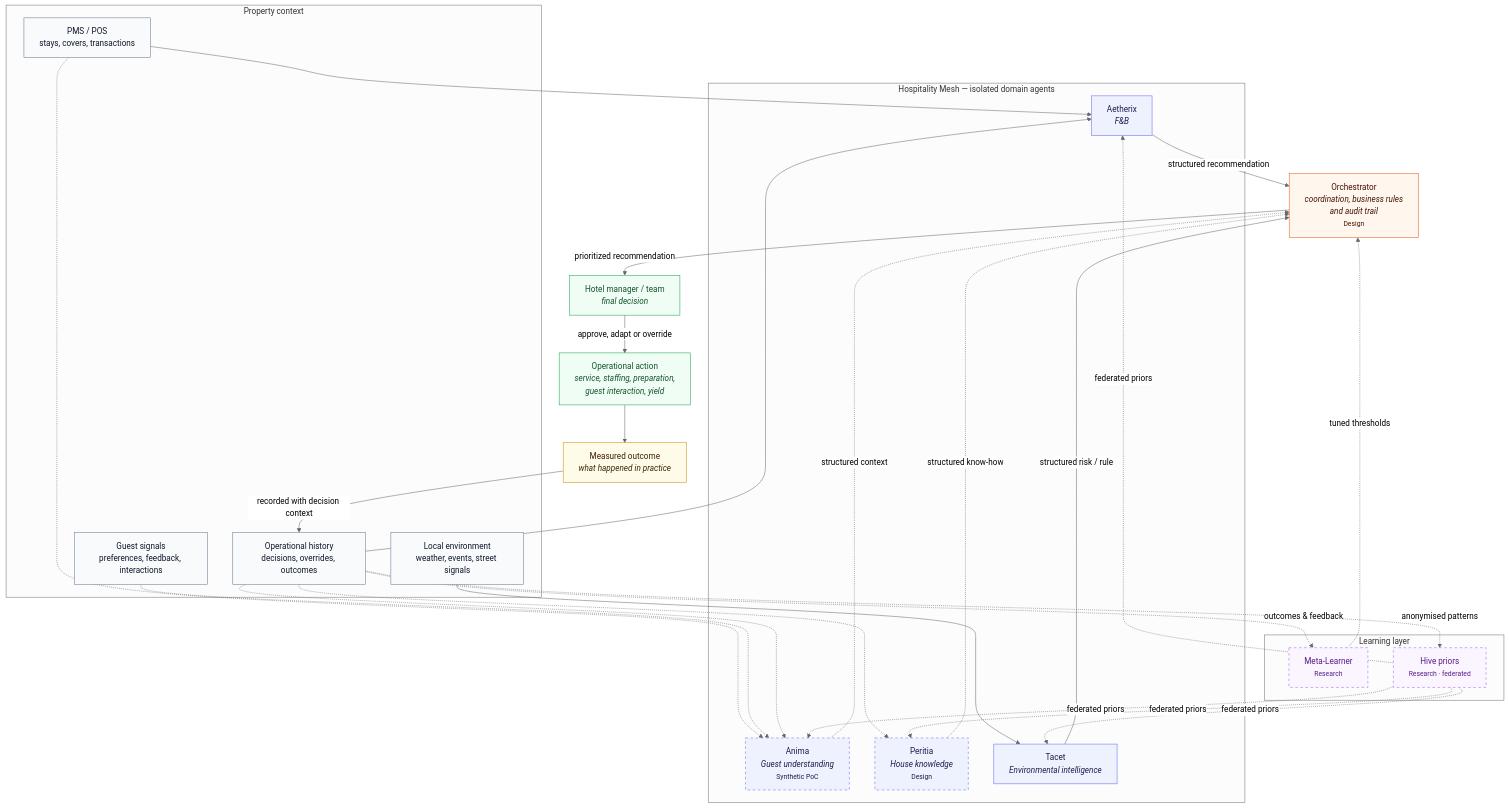
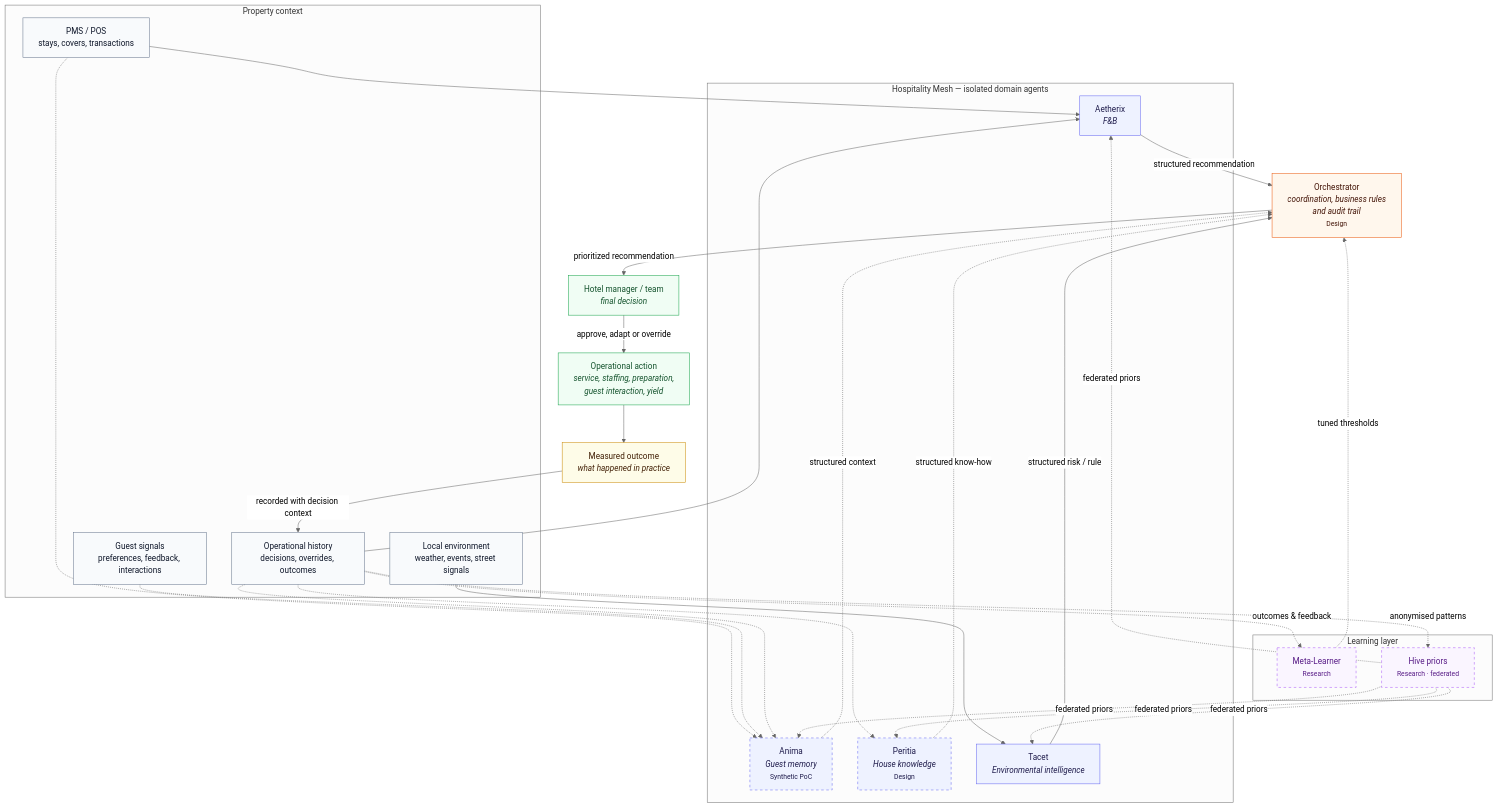
One commit to IvandeMurard/Hospitality-Multi-agent-Architecture changed the diagram in README.md. Above: the diagram before and after it, drawn with Mermaid (neutral theme). The commit also changed other lines of this file and 2 other files, not shown here.

First line of the commit message:
Align Anima on one definition: guest memory node, not a digital twin

````diff
--- a/README.md
+++ b/README.md
@@ -92,77 +92,77 @@
 ```mermaid
 flowchart TB
     %% Context sources
     subgraph CONTEXT["Property context"]
         PMS["PMS / POS<br/>stays, covers, transactions"]
         GUEST["Guest signals<br/>preferences, feedback, interactions"]
         OPS["Operational history<br/>decisions, overrides, outcomes"]
         ENV["Local environment<br/>weather, events, street signals"]
     end
 
     %% Specialized, isolated agents
     subgraph MESH["Hospitality Mesh — isolated domain agents"]
         A["Aetherix<br/><i>F&B</i>"]
-        N["Anima<br/><i>Guest understanding</i><br/><small>Synthetic PoC</small>"]
+        N["Anima<br/><i>Guest memory</i><br/><small>Synthetic PoC</small>"]
         P["Peritia<br/><i>House knowledge</i><br/><small>Design</small>"]
         T["Tacet<br/><i>Environmental intelligence</i>"]
     end
 
     %% Coordination and human decision
     O["Orchestrator<br/><i>coordination, business rules<br/>and audit trail</i><br/><small>Design</small>"]
     H["Hotel manager / team<br/><i>final decision</i>"]
     ACTION["Operational action<br/><i>service, staffing, preparation,<br/>guest interaction, yield</i>"]
     OUTCOME["Measured outcome<br/><i>what happened in practice</i>"]
 
     %% Continuous learning: prospective
     subgraph LEARNING["Learning layer"]
         ML["Meta-Learner<br/><small>Research</small>"]
         HP["Hive priors<br/><small>Research · federated</small>"]
     end
 
     %% Context to agents
     PMS --> A
     PMS -.-> N
     GUEST -.-> N
     OPS --> A
     OPS -.-> N
     OPS -.-> P
     ENV --> T
 
     %% Agent output to orchestration
     A -->|"structured recommendation"| O
     N -.->|"structured context"| O
     P -.->|"structured know-how"| O
     T -->|"structured risk / rule"| O
 
     %% Human-centred loop
     O -->|"prioritized recommendation"| H
     H -->|"approve, adapt or override"| ACTION
     ACTION --> OUTCOME
     OUTCOME -->|"recorded with decision context"| OPS
 
     %% Prospectively learned layer
     OPS -.->|"outcomes & feedback"| ML
     ML -.->|"tuned thresholds"| O
     OPS -.->|"anonymised patterns"| HP
     HP -.->|"federated priors"| A
     HP -.->|"federated priors"| N
     HP -.->|"federated priors"| P
     HP -.->|"federated priors"| T
 
     %% Styling
     classDef source fill:#F8FAFC,stroke:#64748B,color:#0F172A;
     classDef agent fill:#EEF2FF,stroke:#6366F1,color:#1E1B4B;
     classDef orchestration fill:#FFF7ED,stroke:#EA580C,color:#431407;
     classDef human fill:#F0FDF4,stroke:#16A34A,color:#14532D;
     classDef outcome fill:#FEFCE8,stroke:#CA8A04,color:#422006;
     classDef research fill:#FAF5FF,stroke:#A855F7,color:#581C87,stroke-dasharray: 5 5;
     classDef notlive fill:#EEF2FF,stroke:#6366F1,color:#1E1B4B,stroke-dasharray: 5 5;
 
     class PMS,GUEST,OPS,ENV source;
     class A,T agent;
     class N,P notlive;
     class O orchestration;
     class H,ACTION human;
     class OUTCOME outcome;
     class ML,HP research;
 ```
````
